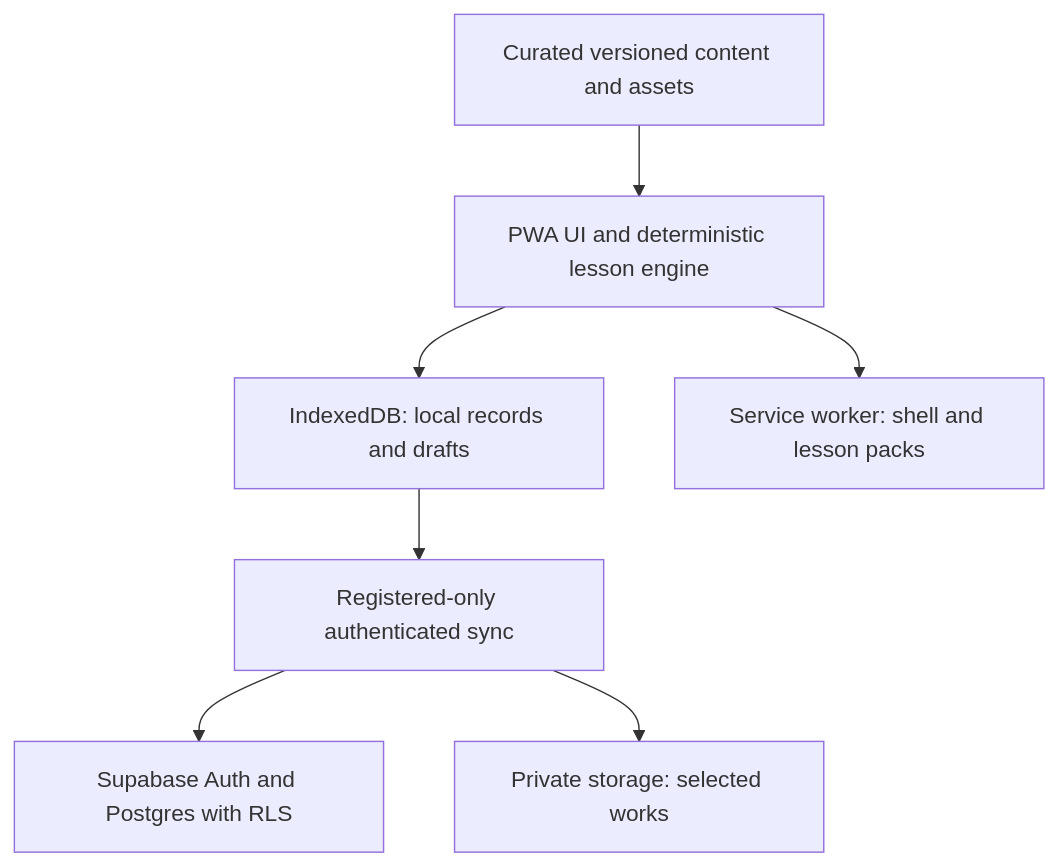
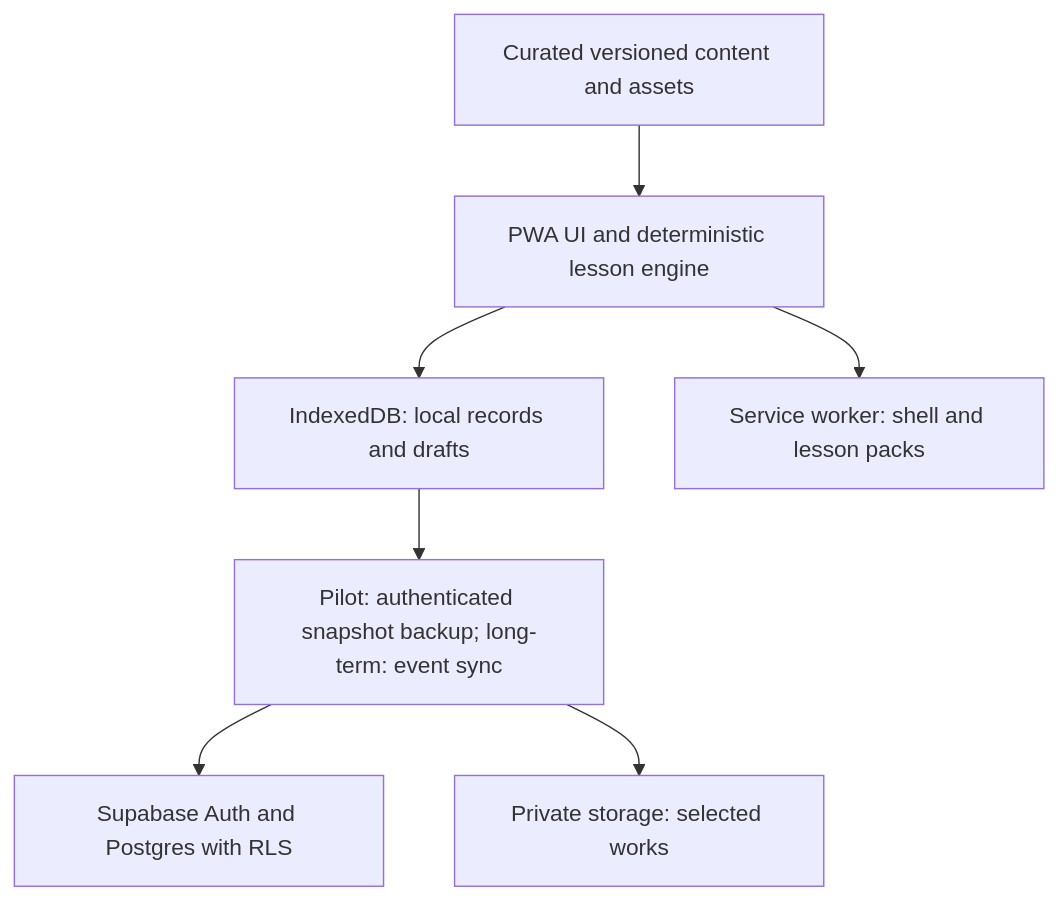
The diagram in docs/TECHNICAL_HANDOFF.md (FrankxSG/turtle-academy), drawn with Mermaid before and after one commit. The commit also changed other lines of this file and 7 other files, not shown here.

First line of the commit message:
docs: ratify Pilot v0.1 registered architecture and learning QA (#4)

````diff
--- a/docs/TECHNICAL_HANDOFF.md
+++ b/docs/TECHNICAL_HANDOFF.md
@@ -55,9 +55,9 @@
 ```mermaid
 flowchart TD
   C["Curated versioned content and assets"] --> P["PWA UI and deterministic lesson engine"]
   P --> L["IndexedDB: local records and drafts"]
   P --> W["Service worker: shell and lesson packs"]
-  L --> Q["Registered-only authenticated sync"]
+  L --> Q["Pilot: authenticated snapshot backup; long-term: event sync"]
   Q --> D["Supabase Auth and Postgres with RLS"]
   Q --> S["Private storage: selected works"]
 ```
````
